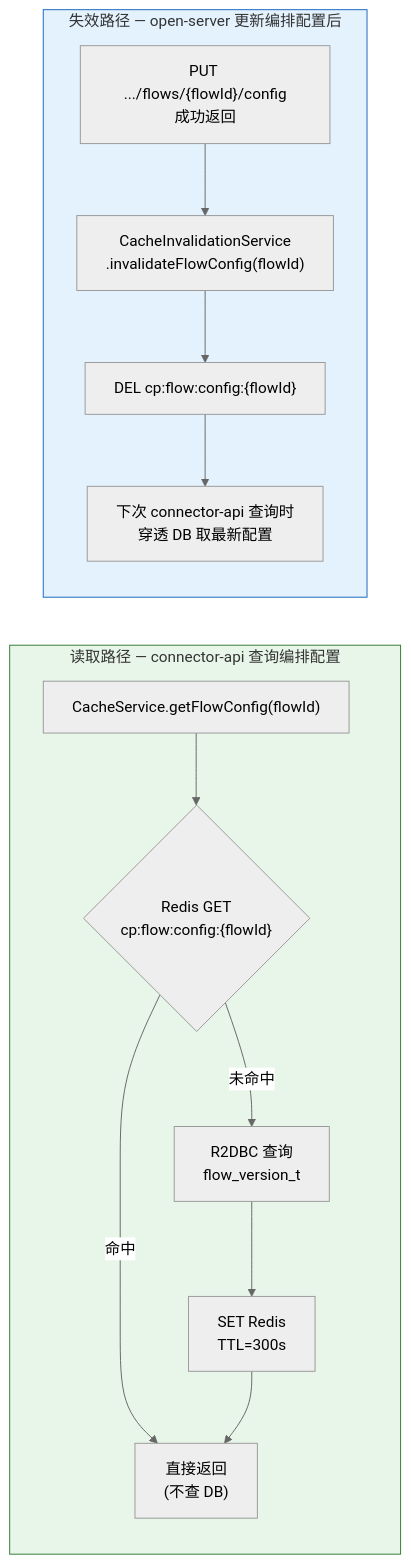
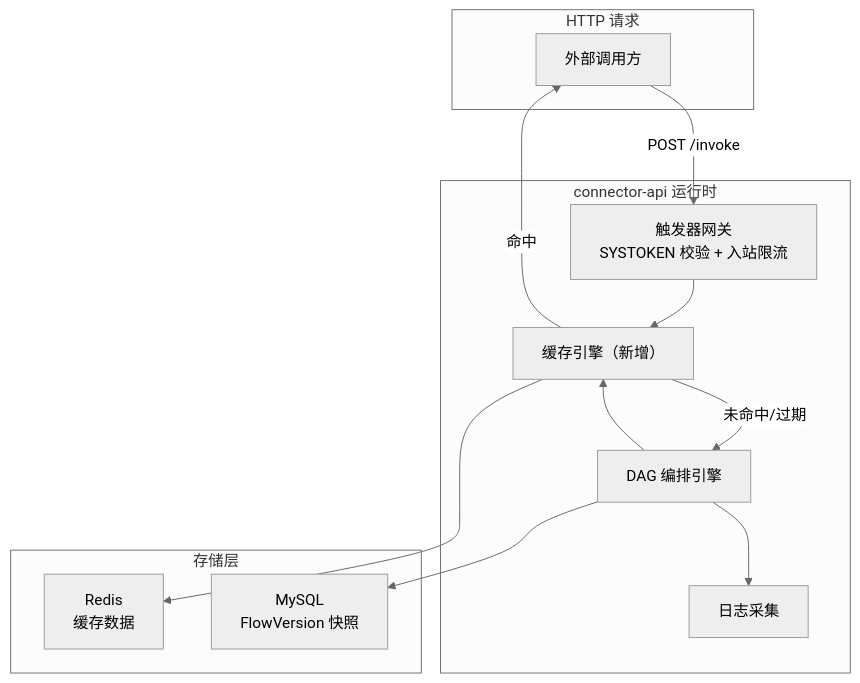
The first of 2 diagrams in .sddu/specs-tree-root/specs-tree-connector-platform-v2/plan-cache.md (THZSummer/open-app), drawn with Mermaid (neutral theme) before and after one commit. The commit also changed other lines of this file and 2 other files, not shown here.

First line of the commit message:
feat(connector-platform-v2): 缓存设计方案 — execution_record/step 新增 cache_status/key/ttl 字段

````diff
--- a/.sddu/specs-tree-root/specs-tree-connector-platform-v2/plan-cache.md
+++ b/.sddu/specs-tree-root/specs-tree-connector-platform-v2/plan-cache.md
@@ -80,21 +44,27 @@
 ```mermaid
-flowchart LR
-    subgraph ReadPath["读取路径 — connector-api 查询编排配置"]
-        direction TB
-        A["CacheService.getFlowConfig(flowId)"] --> B{"Redis GET<br/>cp:flow:config:{flowId}"}
-        B -->|"命中"| C["直接返回<br/>(不查 DB)"]
-        B -->|"未命中"| D["R2DBC 查询<br/>flow_version_t"]
-        D --> E["SET Redis<br/>TTL=300s"]
-        E --> C
+graph TB
+    subgraph Client["HTTP 请求"]
+        C["外部调用方"]
     end
 
-    subgraph InvalidatePath["失效路径 — open-server 更新编排配置后"]
-        direction TB
-        F["PUT .../flows/{flowId}/config<br/>成功返回"] --> G["CacheInvalidationService<br/>.invalidateFlowConfig(flowId)"]
-        G --> H["DEL cp:flow:config:{flowId}"]
-        H --> I["下次 connector-api 查询时<br/>穿透 DB 取最新配置"]
+    subgraph Runtime["connector-api 运行时"]
+        GW["触发器网关<br/>SYSTOKEN 校验 + 入站限流"]
+        CE["缓存引擎（新增）"]
+        DAG["DAG 编排引擎"]
+        LOG["日志采集"]
     end
 
-    style ReadPath fill:#e8f5e9,stroke:#2e7d32
-    style InvalidatePath fill:#e3f2fd,stroke:#1565c0
+    subgraph Storage["存储层"]
+        R["Redis<br/>缓存数据"]
+        DB["MySQL<br/>FlowVersion 快照"]
+    end
+
+    C -->|"POST /invoke"| GW
+    GW --> CE
+    CE -->|"命中"| C
+    CE -->|"未命中/过期"| DAG
+    DAG --> LOG
+    DAG --> CE
+    CE --> R
+    DAG --> DB
 ```
````
